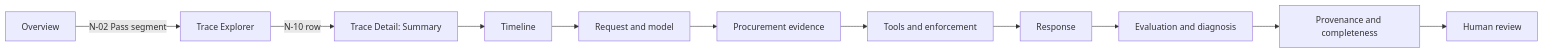
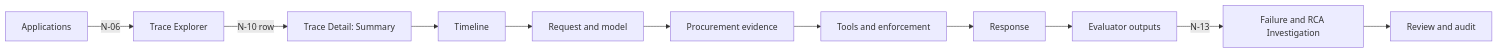
The first of 4 diagrams in docs/architecture/dashboard/reviewer-journeys.md (trustops-dev/trustops-ai), drawn with Mermaid before and after one commit. The commit also changed other lines of this file and 8 other files, not shown here.

First line of the commit message:
Align dashboard UX architecture with the proposal and user stories

````diff
--- a/docs/architecture/dashboard/reviewer-journeys.md
+++ b/docs/architecture/dashboard/reviewer-journeys.md
@@ -42,8 +47,9 @@
 ```mermaid
 flowchart LR
- OVW[Overview] -->|N-02 Pass segment| TRX[Trace Explorer]
+ APP[Applications] -->|N-06| TRX[Trace Explorer]
  TRX -->|N-10 row| SUM[Trace Detail: Summary]
  SUM --> TL[Timeline] --> RQ[Request and model] --> PE[Procurement evidence]
- PE --> TE[Tools and enforcement] --> RS[Response] --> ED[Evaluation and diagnosis]
- ED --> PV[Provenance and completeness] --> HR[Human review]
+ PE --> TE[Tools and enforcement] --> RS[Response] --> EO[Evaluator outputs]
+ EO -->|N-13| RCA[Failure and RCA Investigation]
+ RCA --> REV[Review and audit]
 ```
````
